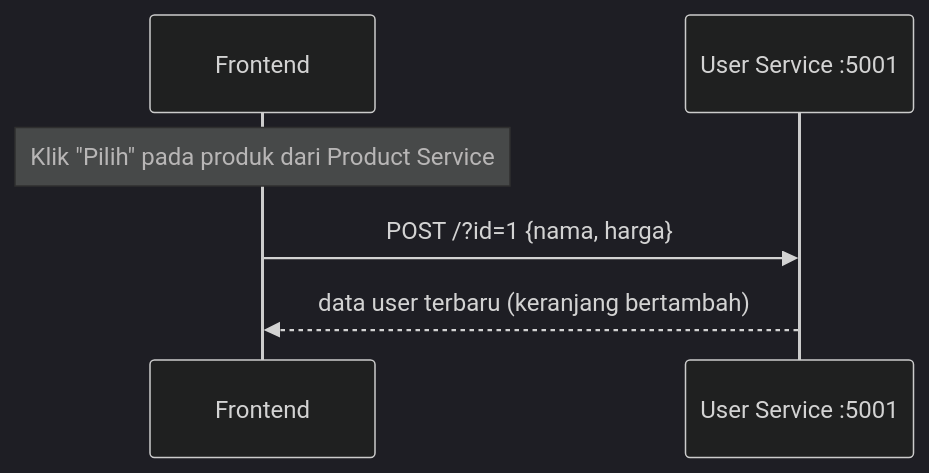
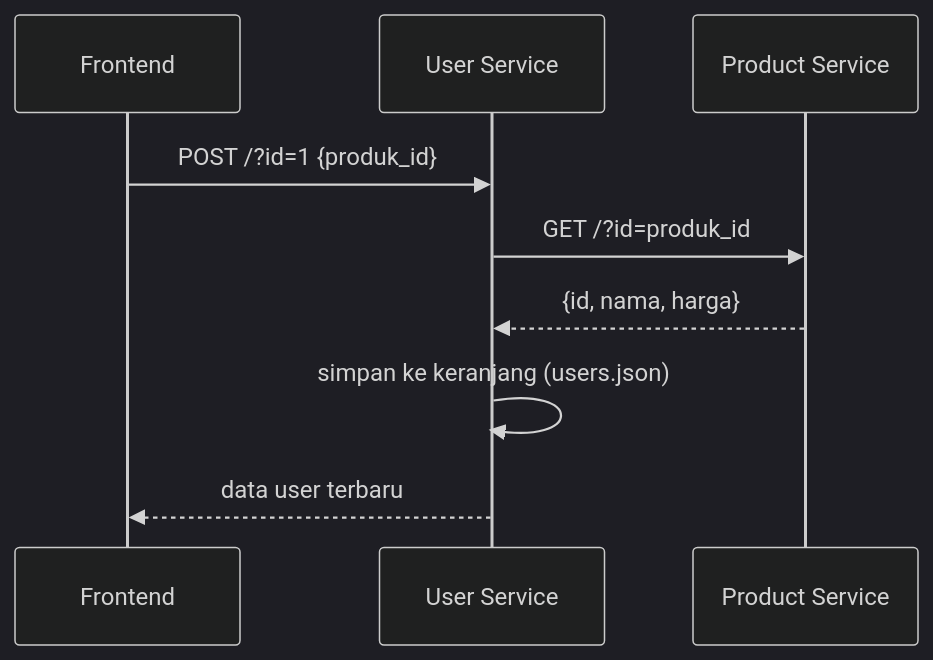
Before and after one commit to bijiapel139-zka/project-microservices: the third of 5 diagrams in web-microservice-native/docs/arsitektur.md, drawn with Mermaid (dark theme). The commit also changed other lines of this file, not shown here.

First line of the commit message:
Revise architecture documentation for microservices

````diff
--- a/web-microservice-native/docs/arsitektur.md
+++ b/web-microservice-native/docs/arsitektur.md
@@ -52,8 +61,11 @@
 ```mermaid
 sequenceDiagram
     participant F as Frontend
-    participant U as User Service :5001
-    Note over F: Klik "Pilih" pada produk dari Product Service
-    F->>U: POST /?id=1 {nama, harga}
-    U-->>F: data user terbaru (keranjang bertambah)
+    participant U as User Service
+    participant P as Product Service
+    F->>U: POST /?id=1 {produk_id}
+    U->>P: GET /?id=produk_id
+    P-->>U: {id, nama, harga}
+    U->>U: simpan ke keranjang (users.json)
+    U-->>F: data user terbaru
 ```
````
